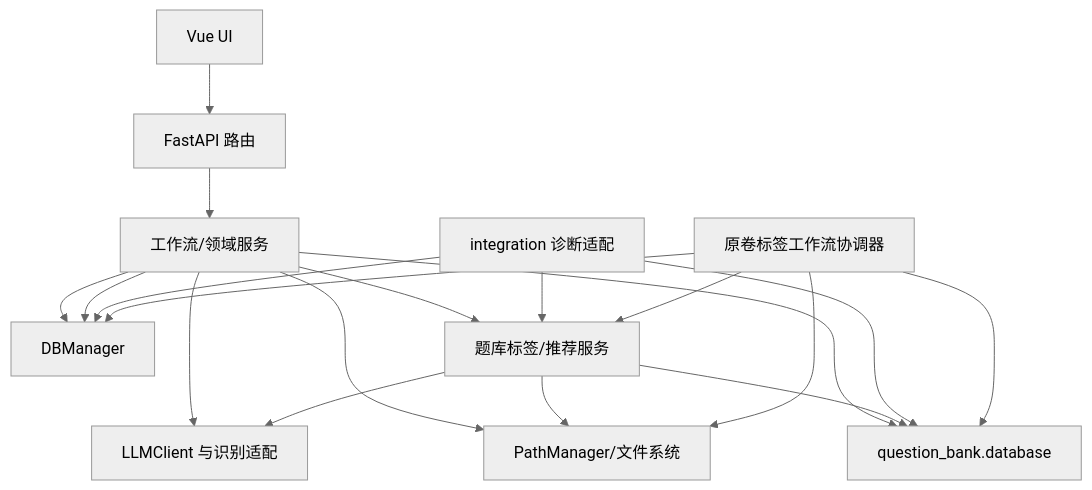
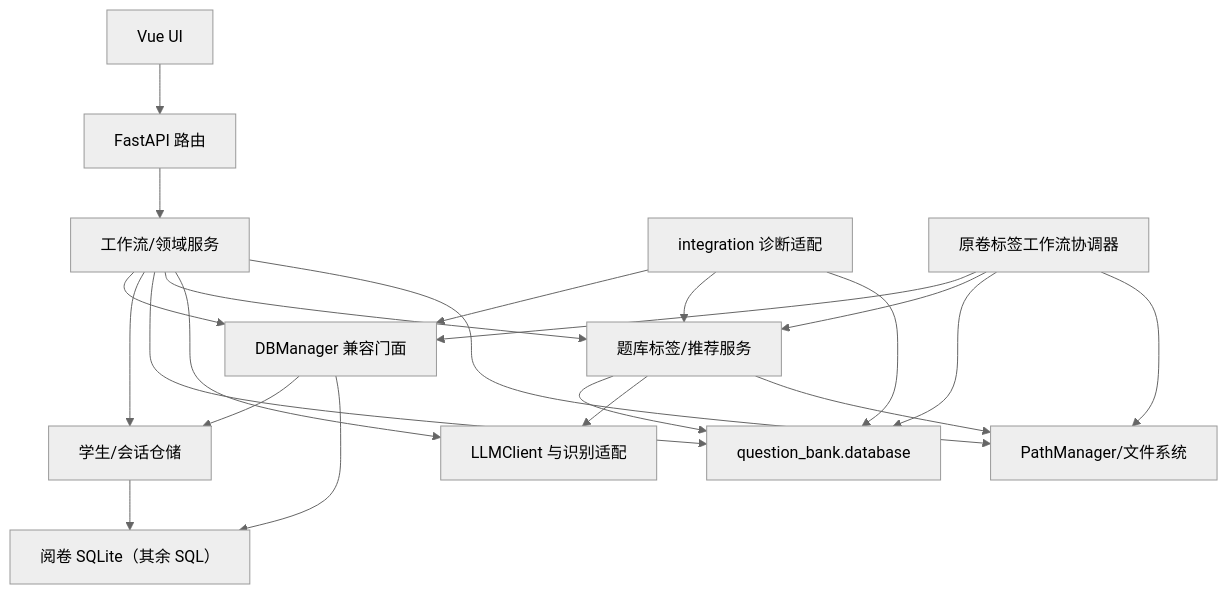
The second of 5 diagrams in ARCHITECTURE.md (Hineni412/ai-grading-system-workstation), drawn with Mermaid (neutral theme) before and after one commit. The commit also changed other lines of this file and 4 other files, not shown here.

````diff
--- a/ARCHITECTURE.md
+++ b/ARCHITECTURE.md
@@ -182,25 +183,28 @@
 ```mermaid
 flowchart TD
     UI["Vue UI"] --> API["FastAPI 路由"]
     API --> Workflow["工作流/领域服务"]
-    Workflow --> GradingData["DBManager"]
+    Workflow --> GradingFacade["DBManager 兼容门面"]
+    Workflow --> Repositories["学生/会话仓储"]
     Workflow --> BankData["question_bank.database"]
 
-    Workflow --> GradingData
+    GradingFacade --> Repositories
+    GradingFacade --> GradingData["阅卷 SQLite（其余 SQL）"]
+    Repositories --> GradingData
     Workflow --> BankServices["题库标签/推荐服务"]
     Workflow --> LLM["LLMClient 与识别适配"]
     Workflow --> Paths["PathManager/文件系统"]
 
     BankServices --> BankData
     BankServices --> LLM
     BankServices --> Paths
 
-    Integration["integration 诊断适配"] --> GradingData
+    Integration["integration 诊断适配"] --> GradingFacade
     Integration --> BankServices
     Integration --> BankData
 
-    PaperWorkflow["原卷标签工作流协调器"] --> GradingData
+    PaperWorkflow["原卷标签工作流协调器"] --> GradingFacade
     PaperWorkflow --> BankServices
     PaperWorkflow --> BankData
     PaperWorkflow --> Paths
 ```
````
